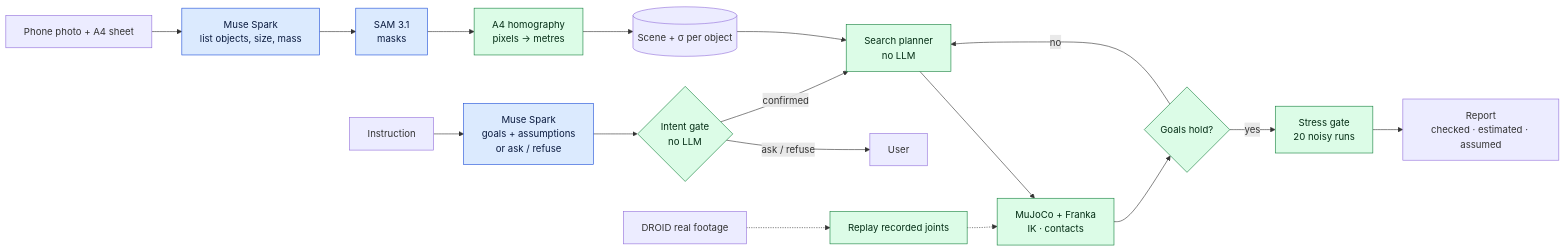
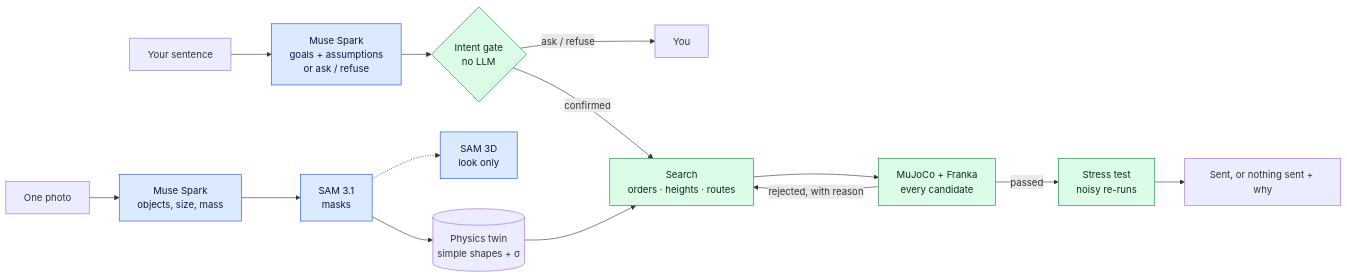
Before and after one commit to sstmade/rehearsal: the diagram in README.md, drawn with Mermaid. The commit also changed other lines of this file and 4 other files, not shown here.

````diff
--- a/README.md
+++ b/README.md
@@ -179,22 +84,20 @@
 ```mermaid
 flowchart LR
-  P[Phone photo + A4 sheet] --> MS1[Muse Spark<br/>list objects, size, mass]
+  P[One photo] --> MS1[Muse Spark<br/>objects, size, mass]
   MS1 --> SAM[SAM 3.1<br/>masks]
-  SAM --> H[A4 homography<br/>pixels → metres]
-  H --> SC[(Scene + σ per object)]
-  I[Instruction] --> G[Muse Spark<br/>goals + assumptions<br/>or ask / refuse]
+  SAM --> TW[(Physics twin<br/>simple shapes + σ)]
+  SAM -.-> S3D[SAM 3D<br/>look only]
+  I[Your sentence] --> G[Muse Spark<br/>goals + assumptions<br/>or ask / refuse]
   G --> GT{Intent gate<br/>no LLM}
-  GT -- ask / refuse --> U[User]
-  GT -- confirmed --> SP[Search planner<br/>no LLM]
-  SC --> SP
-  SP --> SIM[MuJoCo + Franka<br/>IK · contacts]
-  SIM --> PR{Goals hold?}
-  PR -- no --> SP
-  PR -- yes --> ST[Stress gate<br/>20 noisy runs]
-  ST --> R[Report<br/>checked · estimated · assumed]
-  D[DROID real footage] -.-> RP[Replay recorded joints] -.-> SIM
+  GT -- ask / refuse --> U[You]
+  GT -- confirmed --> SP[Search<br/>orders · heights · routes]
+  TW --> SP
+  SP --> SIM[MuJoCo + Franka<br/>every candidate]
+  SIM -- rejected, with reason --> SP
+  SIM -- passed --> ST[Stress test<br/>noisy re-runs]
+  ST --> R[Sent, or nothing sent + why]
   classDef meta fill:#dbeafe,stroke:#1d4ed8,color:#0b1b3f;
   classDef phys fill:#dcfce7,stroke:#15803d,color:#052e16;
-  class MS1,SAM,G meta;
-  class H,GT,SP,SIM,PR,ST,RP phys;
+  class MS1,SAM,G,S3D meta;
+  class GT,SP,SIM,ST phys;
 ```
````
